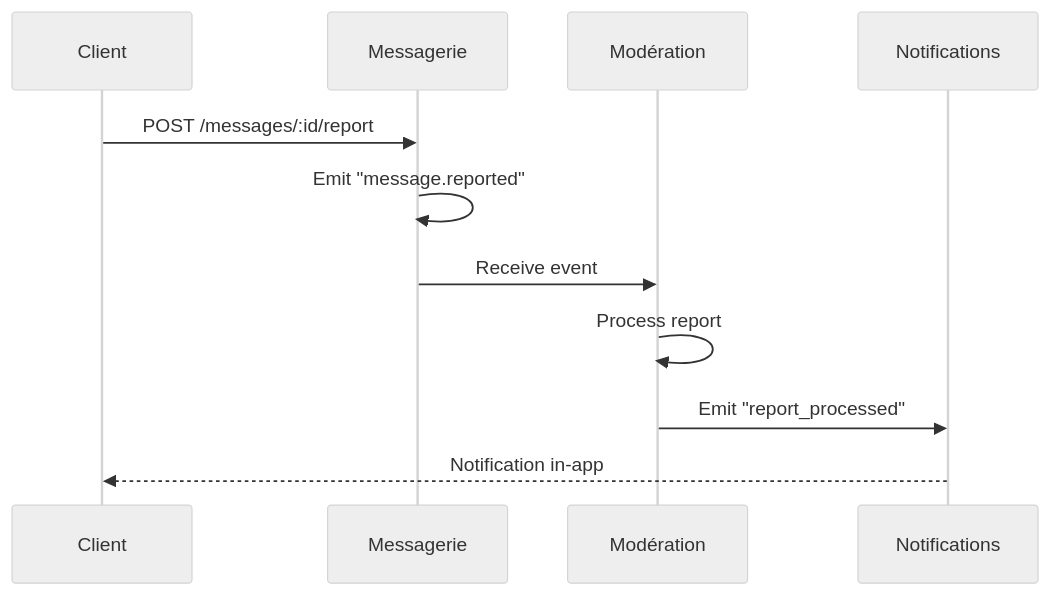
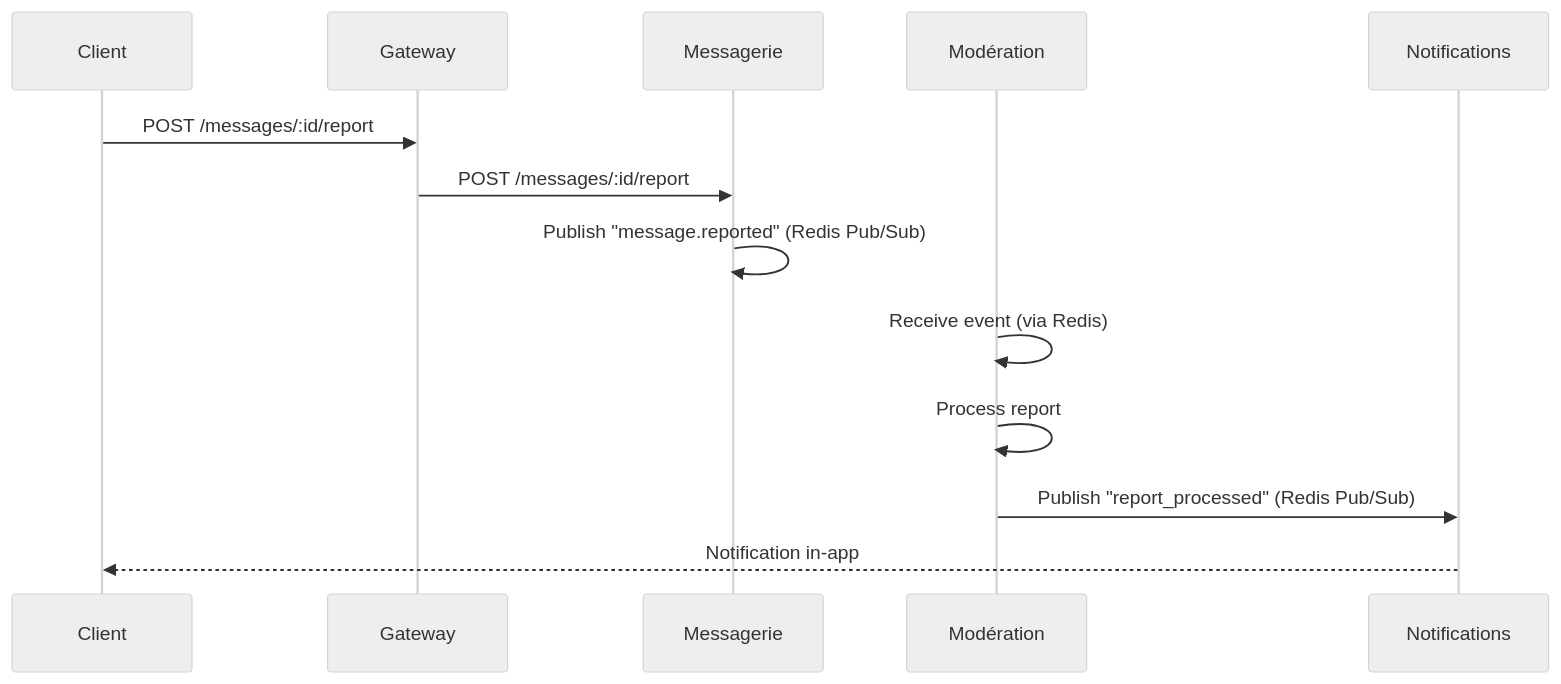
One commit to Razano26/Beep-TAD.AM changed the fourth of 4 diagrams in vue_logique/02-flux.adoc. Above: the diagram before and after it, drawn with Mermaid (neutral theme). The commit also changed other lines of this file and 4 other files, not shown here.

Commit message:
feat: Enhance Beep application documentation by adding detailed sequence diagrams for user case scenarios, refining business rules, and clarifying service interactions for improved understanding and usability

```diff
--- a/vue_logique/02-flux.adoc
+++ b/vue_logique/02-flux.adoc
@@ -136,15 +125,17 @@
 [mermaid]
 ----
 sequenceDiagram
     participant Client
+    participant Gateway
     participant Messagerie
     participant Modération
     participant Notifications
 
-    Client->>Messagerie: POST /messages/:id/report
-    Messagerie->>Messagerie: Emit "message.reported"
-    Messagerie->>Modération: Receive event
+    Client->>Gateway: POST /messages/:id/report
+    Gateway->>Messagerie: POST /messages/:id/report
+    Messagerie->>Messagerie: Publish "message.reported" (Redis Pub/Sub)
+    Modération->>Modération: Receive event (via Redis)
     Modération->>Modération: Process report
-    Modération->>Notifications: Emit "report_processed"
+    Modération->>Notifications: Publish "report_processed" (Redis Pub/Sub)
     Notifications-->>Client: Notification in-app
 ----
```
